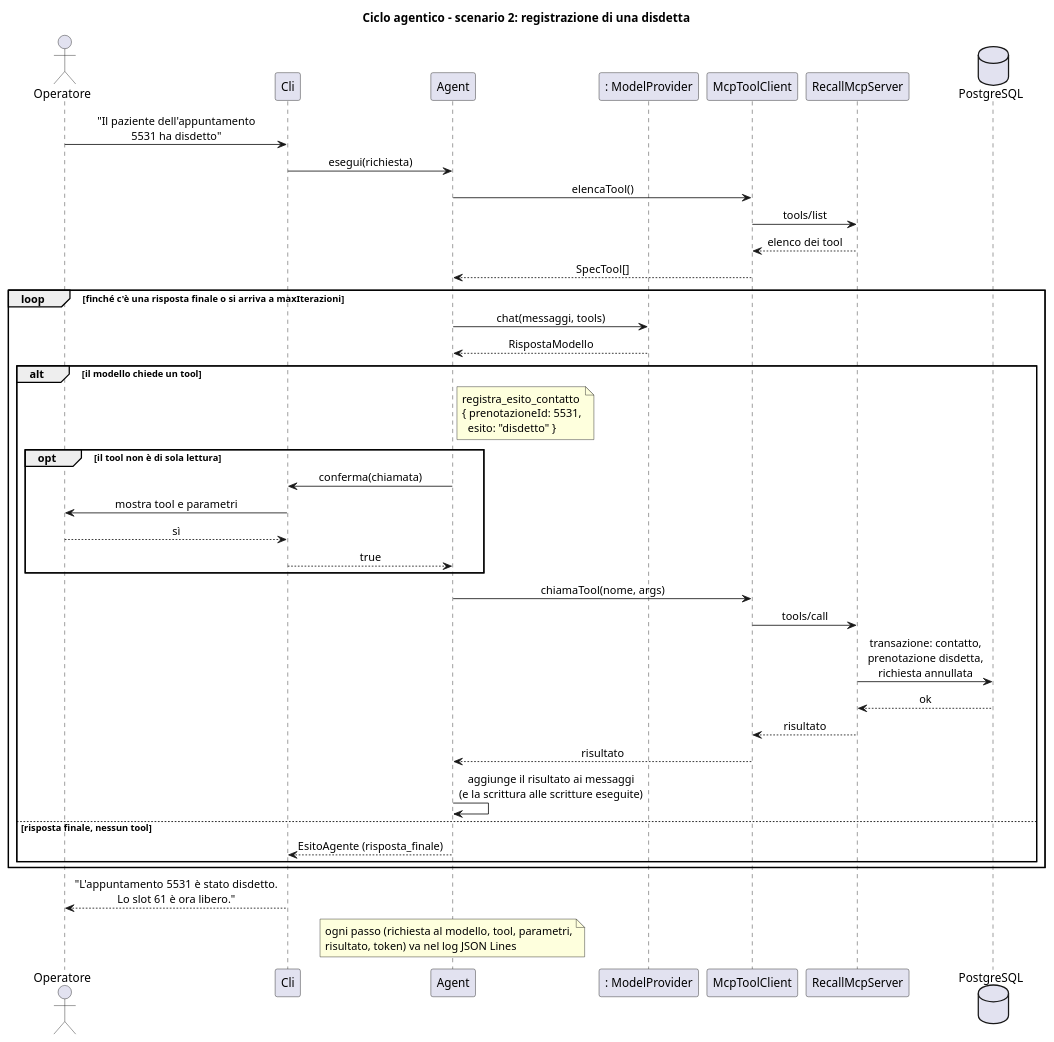
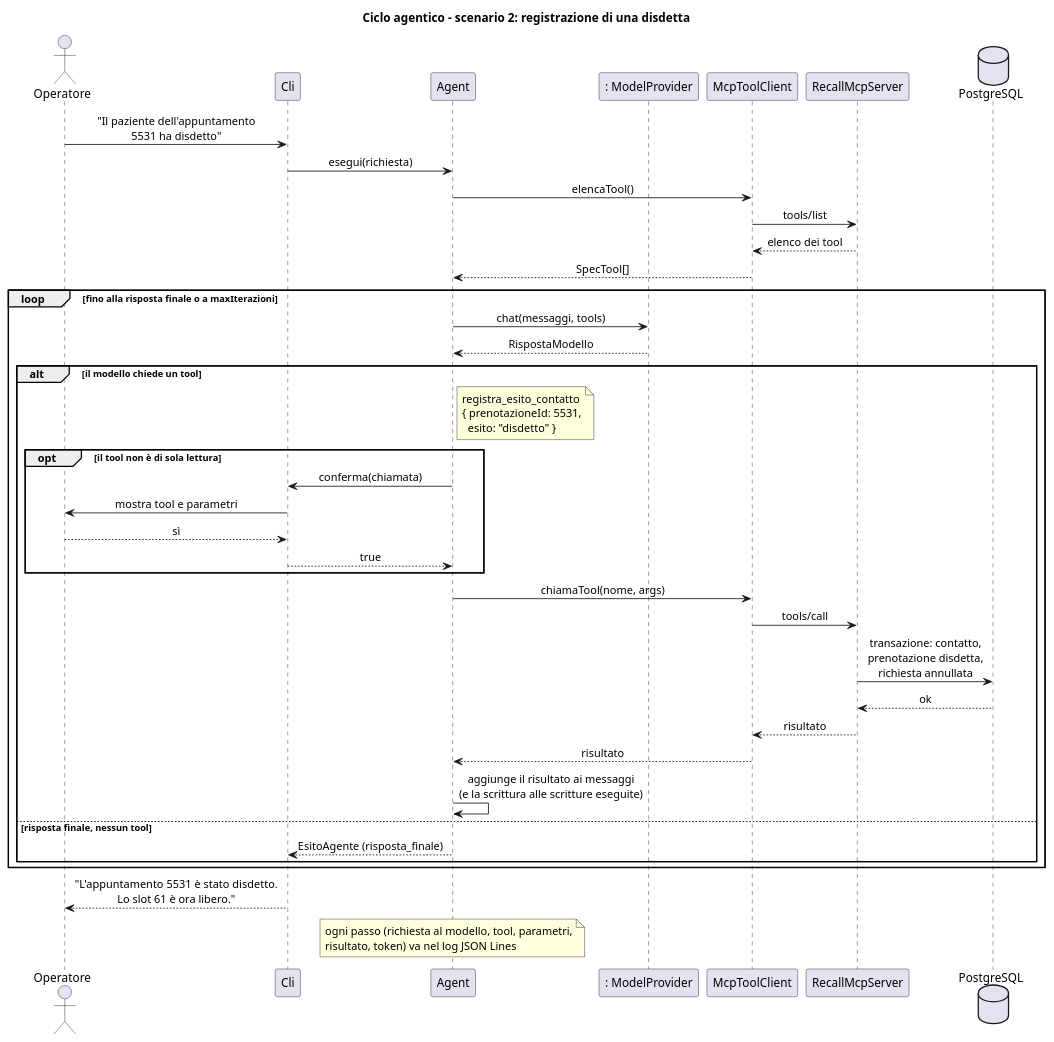
Before and after one commit to LeoDS99/pw26-agente-recall: the diagram in docs/diagrammi/sequenza-ciclo.puml, drawn with PlantUML. The commit also changed 6 other files, not shown here.

Commit message:
Diagrammi rivisti, README e screenshot dello scenario 5

```diff
--- a/docs/diagrammi/sequenza-ciclo.puml
+++ b/docs/diagrammi/sequenza-ciclo.puml
@@ -1,56 +1,56 @@
 @startuml sequenza-ciclo
 skinparam sequenceMessageAlign center
 title Ciclo agentico - scenario 2: registrazione di una disdetta
 
 actor Operatore
 participant Cli
 participant Agent
 participant ": ModelProvider" as Modello
 participant McpToolClient
 participant RecallMcpServer as Server
 database PostgreSQL as DB
 
 Operatore -> Cli : "Il paziente dell'appuntamento\n5531 ha disdetto"
 Cli -> Agent : esegui(richiesta)
 Agent -> McpToolClient : elencaTool()
 McpToolClient -> Server : tools/list
 Server --> McpToolClient : elenco dei tool
 McpToolClient --> Agent : SpecTool[]
 
-loop finché c'è una risposta finale o si arriva a maxIterazioni
+loop fino alla risposta finale o a maxIterazioni
   Agent -> Modello : chat(messaggi, tools)
   Modello --> Agent : RispostaModello
 
   alt il modello chiede un tool
     note right of Agent
       registra_esito_contatto
       { prenotazioneId: 5531,
         esito: "disdetto" }
     end note
 
     opt il tool non è di sola lettura
       Agent -> Cli : conferma(chiamata)
       Cli -> Operatore : mostra tool e parametri
       Operatore --> Cli : sì
       Cli --> Agent : true
     end
 
     Agent -> McpToolClient : chiamaTool(nome, args)
     McpToolClient -> Server : tools/call
     Server -> DB : transazione: contatto,\nprenotazione disdetta,\nrichiesta annullata
     DB --> Server : ok
     Server --> McpToolClient : risultato
     McpToolClient --> Agent : risultato
     Agent -> Agent : aggiunge il risultato ai messaggi\n(e la scrittura alle scritture eseguite)
   else risposta finale, nessun tool
     Agent --> Cli : EsitoAgente (risposta_finale)
   end
 end
 
 Cli --> Operatore : "L'appuntamento 5531 è stato disdetto.\nLo slot 61 è ora libero."
 
 note over Agent
   ogni passo (richiesta al modello, tool, parametri,
   risultato, token) va nel log JSON Lines
 end note
 @enduml
```
